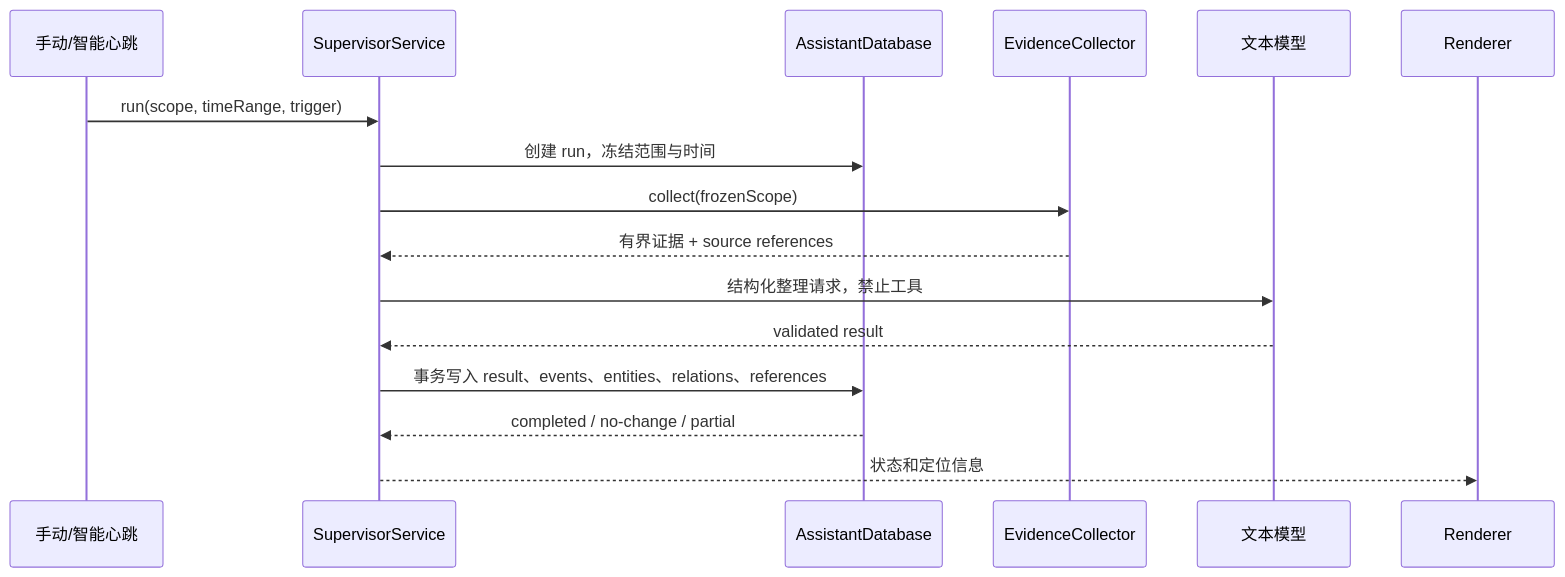
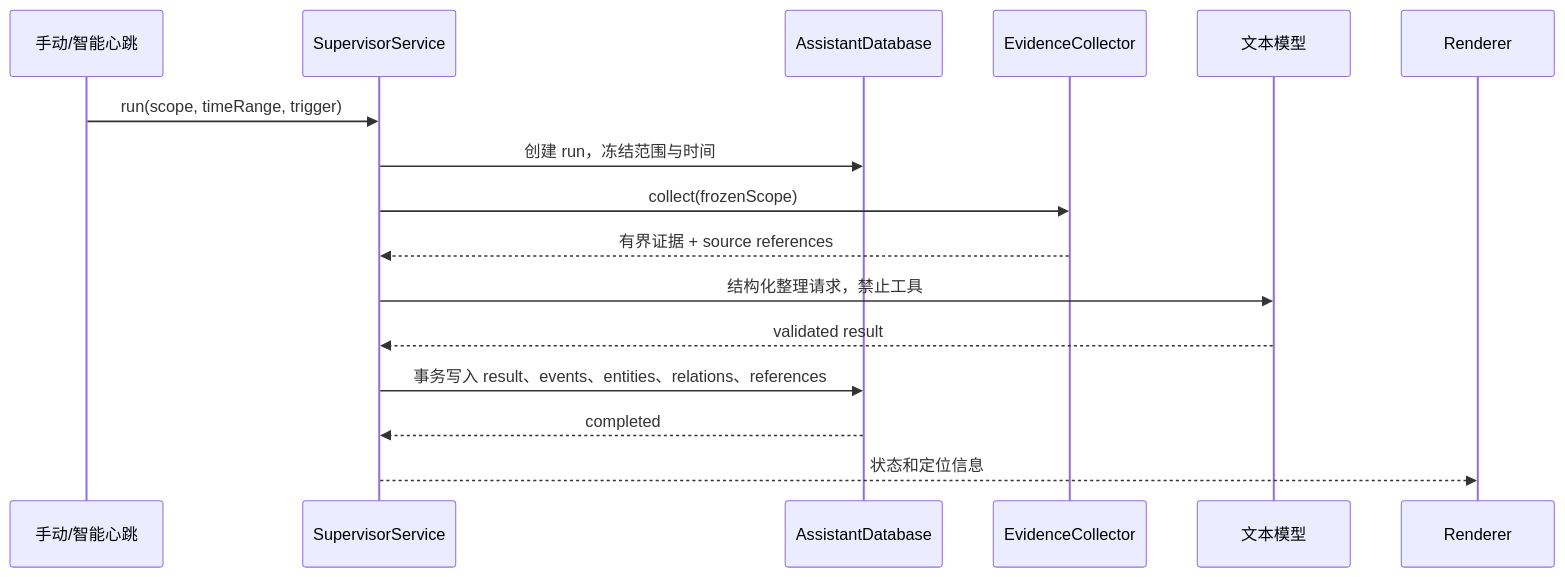
The second of 3 diagrams in docs/features/conversation-supervision/technical-design.md (mesalogo/goodbuddy), drawn with Mermaid before and after one commit. The commit also changed other lines of this file and 73 other files, not shown here.

````diff
--- a/docs/features/conversation-supervision/technical-design.md
+++ b/docs/features/conversation-supervision/technical-design.md
@@ -81,19 +107,19 @@
 ```mermaid
 sequenceDiagram
     participant T as 手动/智能心跳
     participant S as SupervisorService
     participant D as AssistantDatabase
     participant C as EvidenceCollector
     participant M as 文本模型
     participant R as Renderer
 
     T->>S: run(scope, timeRange, trigger)
     S->>D: 创建 run，冻结范围与时间
     S->>C: collect(frozenScope)
     C-->>S: 有界证据 + source references
     S->>M: 结构化整理请求，禁止工具
     M-->>S: validated result
     S->>D: 事务写入 result、events、entities、relations、references
-    D-->>S: completed / no-change / partial
+    D-->>S: completed
     S-->>R: 状态和定位信息
 ```
````
